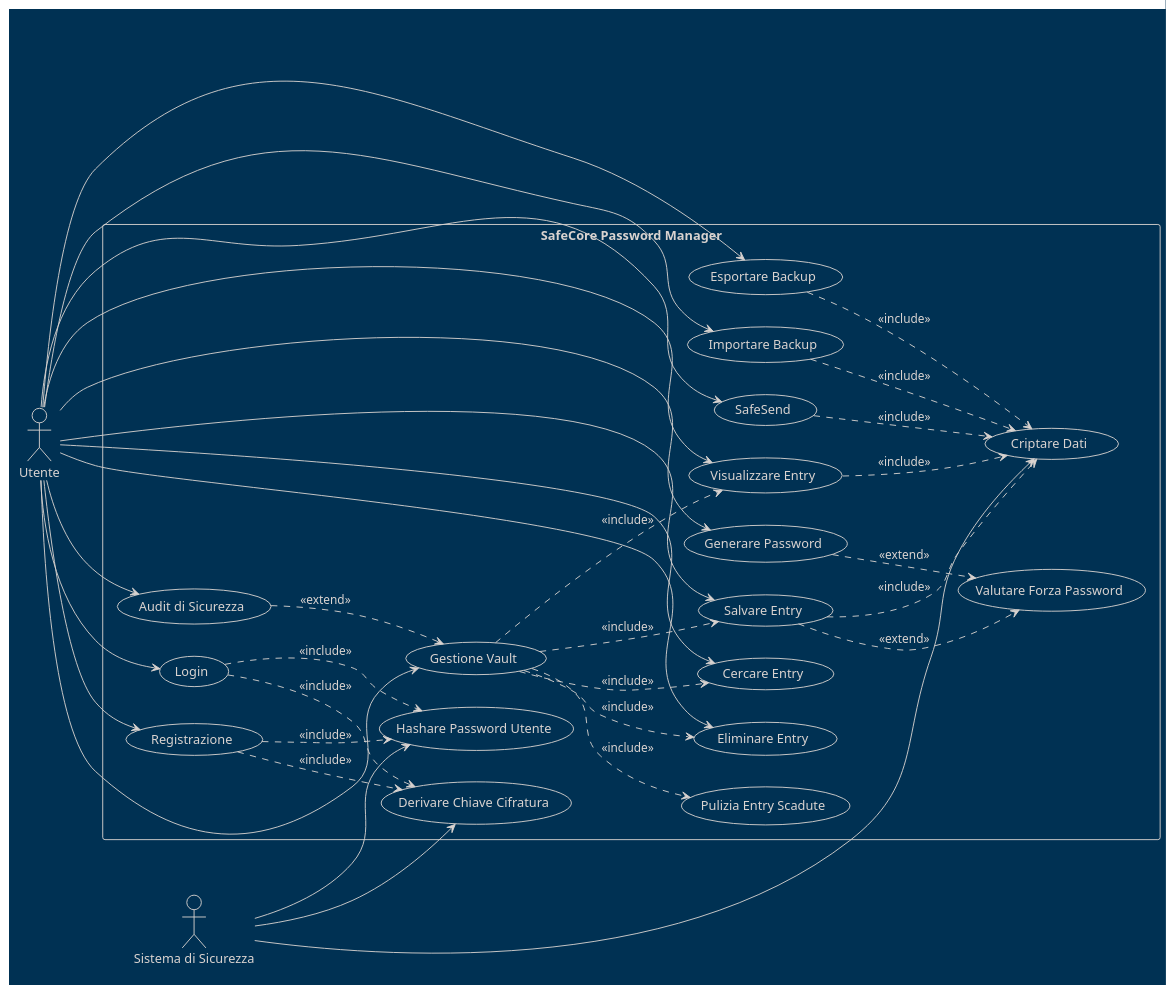
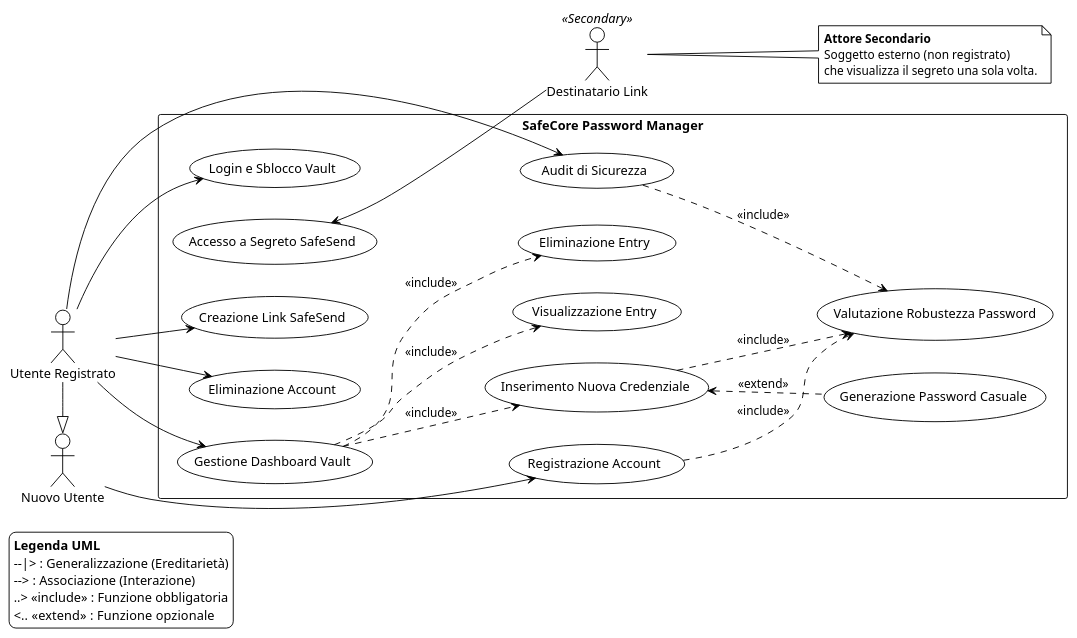
The diagram in docs/uml/use-case.puml (DaniaCiampalini/SafeCoreProject), drawn with PlantUML before and after one commit. The commit also changed 10 other files, not shown here.

Commit message:
Refactor UML diagrams for improved clarity and consistency; add new page navigation and password entry lifecycle diagrams.

```diff
--- a/docs/uml/use-case.puml
+++ b/docs/uml/use-case.puml
@@ -1,68 +1,91 @@
 @startuml SafeCore_UseCases
-!theme blueprint
-
+!theme plain
 left to right direction
 skinparam packageStyle rectangle
 
-actor "Utente" as User
-actor "Sistema di Sicurezza" as SecuritySystem
+' ============================================
+'  DEFINIZIONE ATTORI
+' ============================================
+
+' Attore Base (Generico)
+actor "Nuovo Utente" as NewUser
+
+' L'Utente Registrato eredita dal Nuovo Utente
+actor "Utente Registrato" as User
+User -|> NewUser
+
+' Attore Secondario (a destra)
+actor "Destinatario Link" as Recipient <<Secondary>>
+
+' ============================================
+'  SISTEMA SAFECORE
+' ============================================
 
 rectangle "SafeCore Password Manager" {
-    usecase "Registrazione" as UC1
-    usecase "Login" as UC2
-    usecase "Gestione Vault" as UC3
-    usecase "Salvare Entry" as UC4
-    usecase "Visualizzare Entry" as UC5
-    usecase "Eliminare Entry" as UC6
-    usecase "Generare Password" as UC7
+    usecase "Registrazione Account" as UC1
+    usecase "Login e Sblocco Vault" as UC2
+    usecase "Gestione Dashboard Vault" as UC3
+    usecase "Inserimento Nuova Credenziale" as UC4
+    usecase "Visualizzazione Entry" as UC5
+    usecase "Eliminazione Entry" as UC6
+    usecase "Generazione Password Casuale" as UC7
     usecase "Audit di Sicurezza" as UC8
-    usecase "Esportare Backup" as UC9
-    usecase "Importare Backup" as UC10
-    usecase "SafeSend" as UC11
-    usecase "Valutare Forza Password" as UC13
-    usecase "Cercare Entry" as UC14
-    usecase "Criptare Dati" as UC15
-    usecase "Hashare Password Utente" as UC16
-    usecase "Derivare Chiave Cifratura" as UC17
-    usecase "Pulizia Entry Scadute" as UC18
+    usecase "Creazione Link SafeSend" as UC11
+    usecase "Accesso a Segreto SafeSend" as UC12
+    usecase "Valutazione Robustezza Password" as UC13
+    usecase "Eliminazione Account" as UC15
 }
 
-User --> UC1
+' ============================================
+'  ASSOCIAZIONI (CHI FA COSA)
+' ============================================
+
+NewUser --> UC1
+
+' Funzioni esclusive dell'utente registrato
 User --> UC2
 User --> UC3
-User --> UC4
-User --> UC5
-User --> UC6
-User --> UC7
 User --> UC8
-User --> UC9
-User --> UC10
 User --> UC11
-User --> UC14
+User --> UC15
+
+
+
+' Il destinatario esterno (non registrato) accede solo al link
+UC12 <-- Recipient
+
+' ============================================
+'  RELAZIONI TRA FUNZIONALITÀ
+' ============================================
 
 UC3 ..> UC4 : <<include>>
 UC3 ..> UC5 : <<include>>
 UC3 ..> UC6 : <<include>>
-UC3 ..> UC14 : <<include>>
 
-UC4 ..> UC15 : <<include>>
-UC4 ..> UC13 : <<extend>>
-UC5 ..> UC15 : <<include>>
-UC1 ..> UC16 : <<include>>
-UC1 ..> UC17 : <<include>>
-UC2 ..> UC16 : <<include>>
-UC2 ..> UC17 : <<include>>
+UC1 ..> UC13 : <<include>>
+UC4 ..> UC13 : <<include>>
+UC8 ..> UC13 : <<include>>
 
-UC7 ..> UC13 : <<extend>>
-UC8 ..> UC3 : <<extend>>
-UC9 ..> UC15 : <<include>>
-UC10 ..> UC15 : <<include>>
-UC11 ..> UC15 : <<include>>
+UC4 <.. UC7 : <<extend>>
 
-UC3 ..> UC18 : <<include>>
+' ============================================
+'  NOTE E LEGENDA
+' ============================================
 
-SecuritySystem --> UC15
-SecuritySystem --> UC16
-SecuritySystem --> UC17
+note right of Recipient
+  **Attore Secondario**
+  Soggetto esterno (non registrato)
+  che visualizza il segreto una sola volta.
+end note
+
+
+
+legend bottom left
+  **Legenda UML**
+  --|> : Generalizzazione (Ereditarietà)
+  --> : Associazione (Interazione)
+  ..> <<include>> : Funzione obbligatoria
+  <.. <<extend>>  : Funzione opzionale
+endlegend
 
 @enduml
```
